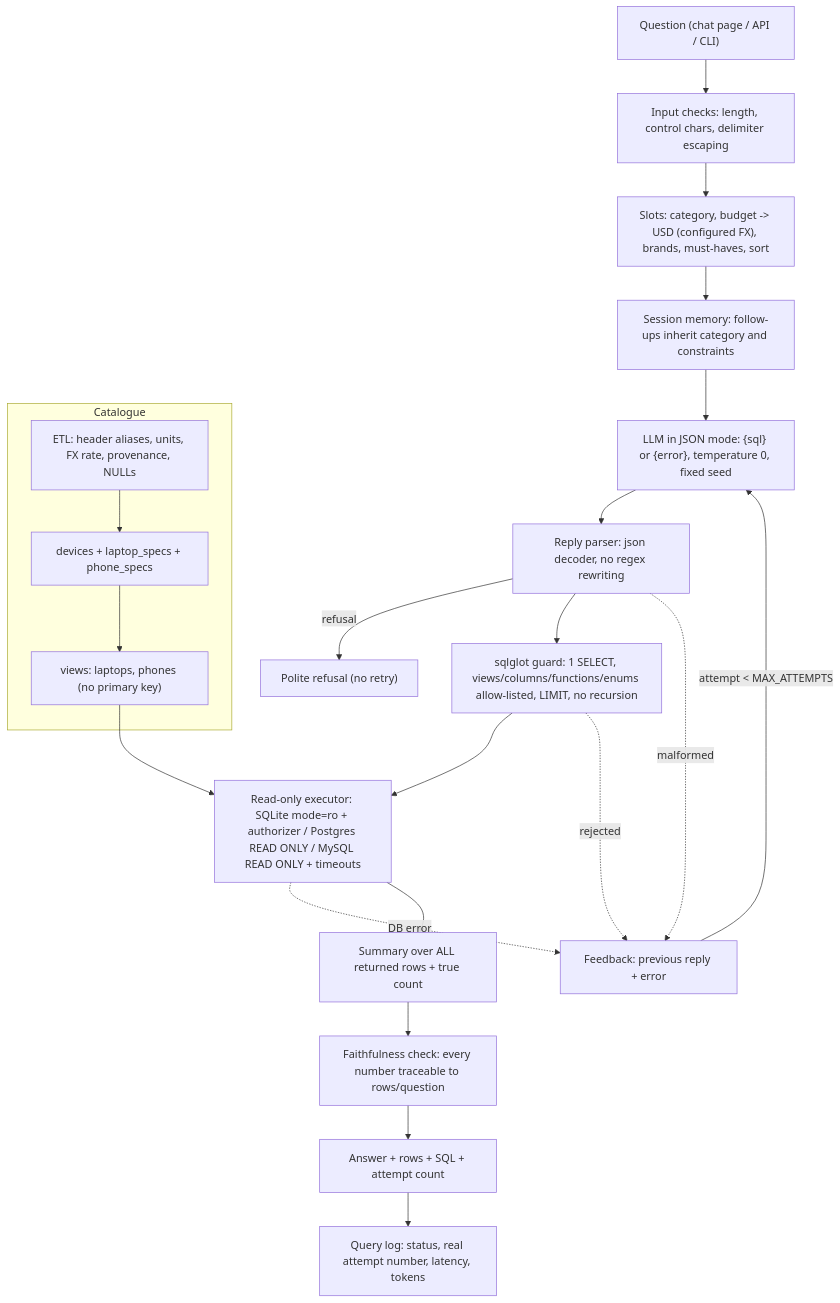
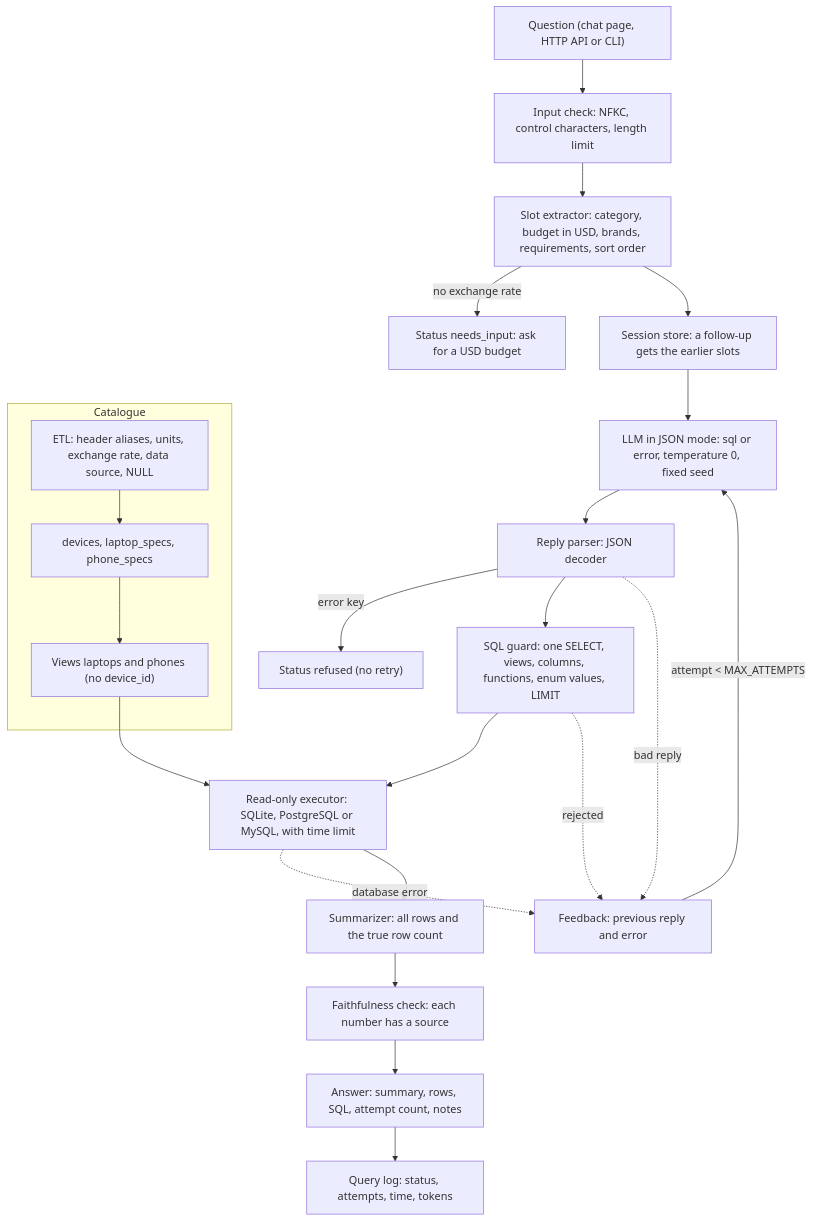
Before and after one commit to KrishnaAnnavaram/gadgetgenie: the third of 3 diagrams in README.md, drawn with Mermaid. The commit also changed other lines of this file and 1 other file, not shown here.

````diff
--- a/README.md
+++ b/README.md
@@ -27,24 +213,25 @@
 ```mermaid
 flowchart TB
-  Q["Question (chat page / API / CLI)"] --> CL["Input checks: length, control chars, delimiter escaping"]
-  CL --> SL["Slots: category, budget -> USD (configured FX), brands, must-haves, sort"]
-  SL --> MEM["Session memory: follow-ups inherit category and constraints"]
-  MEM --> GEN["LLM in JSON mode: {sql} or {error}, temperature 0, fixed seed"]
-  GEN --> PR["Reply parser: json decoder, no regex rewriting"]
-  PR -->|"refusal"| REF["Polite refusal (no retry)"]
-  PR --> G["sqlglot guard: 1 SELECT, views/columns/functions/enums allow-listed, LIMIT, no recursion"]
-  G --> X["Read-only executor: SQLite mode=ro + authorizer / Postgres READ ONLY / MySQL READ ONLY + timeouts"]
-  PR -. "malformed" .-> FB["Feedback: previous reply + error"]
-  G -. "rejected" .-> FB
-  X -. "DB error" .-> FB
-  FB -->|"attempt < MAX_ATTEMPTS"| GEN
-  X --> SUM["Summary over ALL returned rows + true count"]
-  SUM --> FA["Faithfulness check: every number traceable to rows/question"]
-  FA --> A["Answer + rows + SQL + attempt count"]
-  A --> LOG["Query log: status, real attempt number, latency, tokens"]
-  subgraph data["Catalogue"]
-    ETL["ETL: header aliases, units, FX rate, provenance, NULLs"] --> T["devices + laptop_specs + phone_specs"]
-    T --> V["views: laptops, phones (no primary key)"]
-  end
-  V --> X
+    Q["Question (chat page, HTTP API or CLI)"] --> CL["Input check: NFKC, control characters, length limit"]
+    CL --> SL["Slot extractor: category, budget in USD, brands, requirements, sort order"]
+    SL -->|"no exchange rate"| NI["Status needs_input: ask for a USD budget"]
+    SL --> MEM["Session store: a follow-up gets the earlier slots"]
+    MEM --> GEN["LLM in JSON mode: sql or error, temperature 0, fixed seed"]
+    GEN --> PR["Reply parser: JSON decoder"]
+    PR -->|"error key"| REF["Status refused (no retry)"]
+    PR --> G["SQL guard: one SELECT, views, columns, functions, enum values, LIMIT"]
+    G --> X["Read-only executor: SQLite, PostgreSQL or MySQL, with time limit"]
+    PR -.->|"bad reply"| FB["Feedback: previous reply and error"]
+    G -.->|"rejected"| FB
+    X -.->|"database error"| FB
+    FB -->|"attempt < MAX_ATTEMPTS"| GEN
+    X --> SUM["Summarizer: all rows and the true row count"]
+    SUM --> FA["Faithfulness check: each number has a source"]
+    FA --> A["Answer: summary, rows, SQL, attempt count, notes"]
+    A --> LOG["Query log: status, attempts, time, tokens"]
+    subgraph data["Catalogue"]
+        ETL["ETL: header aliases, units, exchange rate, data source, NULL"] --> T["devices, laptop_specs, phone_specs"]
+        T --> V["Views laptops and phones (no device_id)"]
+    end
+    V --> X
 ```
````
